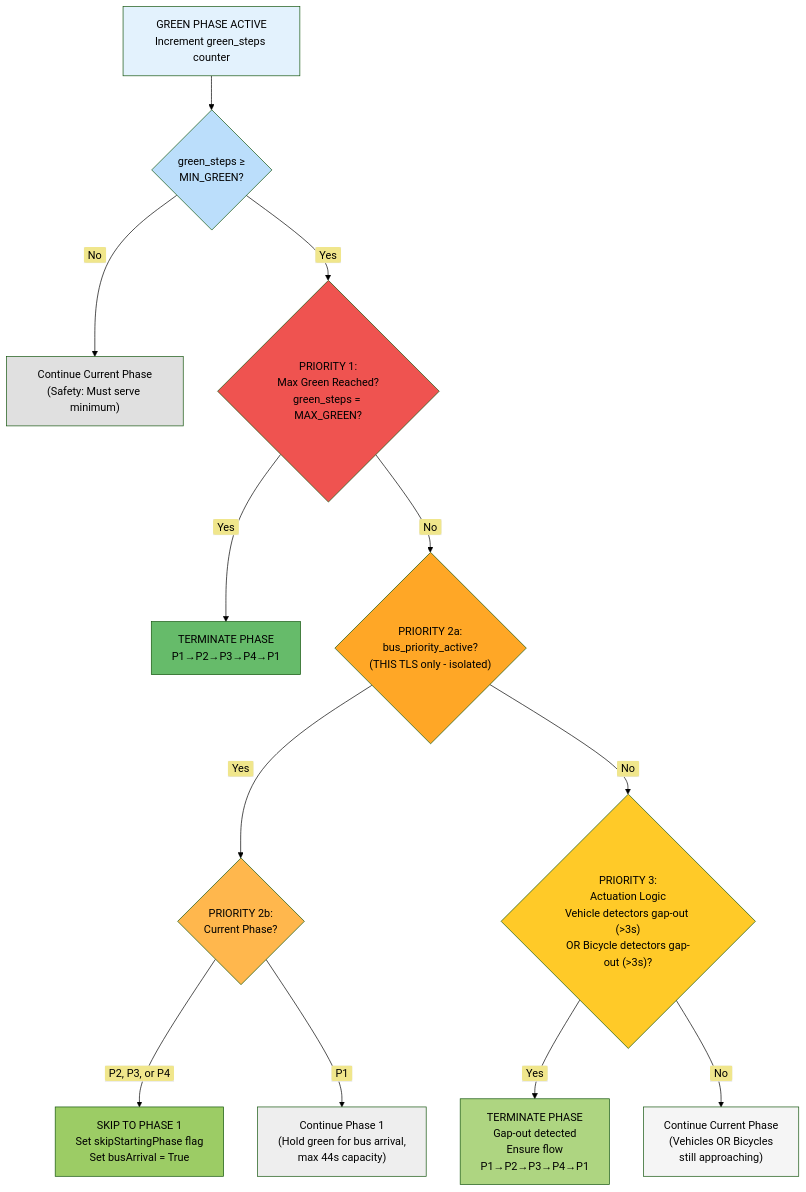
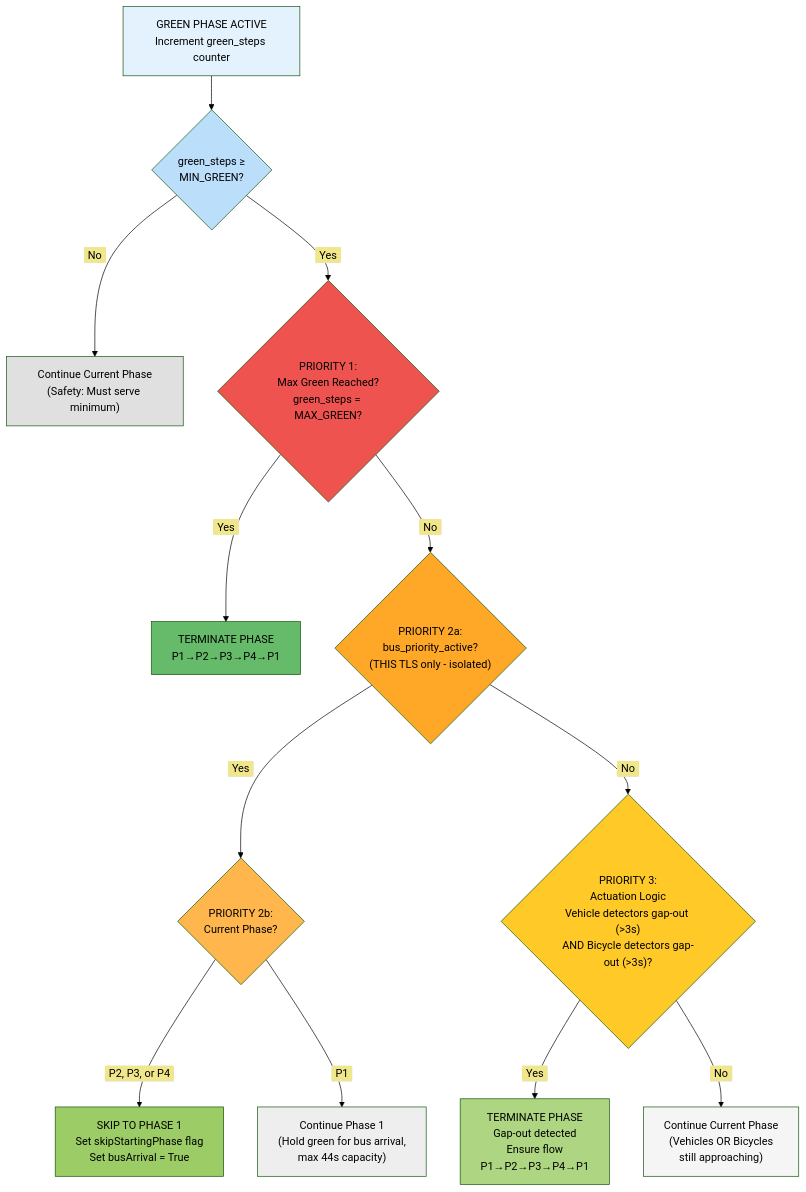
Before and after one commit to Chaklader/SignalSyncPro: the third of 5 diagrams in papers/Rule_Based_Control_DEV.md, drawn with Mermaid (forest theme). The commit also changed other lines of this file, not shown here.

````diff
--- a/papers/Rule_Based_Control_DEV.md
+++ b/papers/Rule_Based_Control_DEV.md
@@ -351,38 +200,38 @@
 ```mermaid
 flowchart TD
 
     GreenStart["GREEN PHASE ACTIVE<br>Increment green_steps counter"] --> MinGreenCheck{"green_steps ≥<br>MIN_GREEN?"}
 
     MinGreenCheck -->|<span style='background-color:khaki; color:black; padding:2px 6px; border-radius:3px'>No</span>| Continue0["Continue Current Phase<br>(Safety: Must serve minimum)"]
 
     MinGreenCheck -->|<span style='background-color:khaki; color:black; padding:2px 6px; border-radius:3px'>Yes</span>| Priority1{"PRIORITY 1:<br>Max Green Reached?<br>green_steps = MAX_GREEN?"}
 
     Priority1 -->|<span style='background-color:khaki; color:black; padding:2px 6px; border-radius:3px'>Yes</span>| Action1["TERMINATE PHASE<br>P1→P2→P3→P4→P1"]
 
     Priority1 -->|<span style='background-color:khaki; color:black; padding:2px 6px; border-radius:3px'>No</span>| Priority2a{"PRIORITY 2a:<br>bus_priority_active?<br>(THIS TLS only - isolated)"}
 
     Priority2a -->|<span style='background-color:khaki; color:black; padding:2px 6px; border-radius:3px'>Yes</span>| Priority2b{"PRIORITY 2b:<br>Current Phase?"}
 
     Priority2b -->|<span style='background-color:khaki; color:black; padding:2px 6px; border-radius:3px'>P2, P3, or P4</span>| Action2["SKIP TO PHASE 1<br>Set skipStartingPhase flag<br>Set busArrival = True"]
 
     Priority2b -->|<span style='background-color:khaki; color:black; padding:2px 6px; border-radius:3px'>P1</span>| ContinueP1["Continue Phase 1<br>(Hold green for bus arrival,<br>max 44s capacity)"]
 
-    Priority2a -->|<span style='background-color:khaki; color:black; padding:2px 6px; border-radius:3px'>No</span>| Priority3{"PRIORITY 3:<br>Actuation Logic<br>Vehicle detectors gap-out (>3s)<br>OR Bicycle detectors gap-out (>3s)?"}
+    Priority2a -->|<span style='background-color:khaki; color:black; padding:2px 6px; border-radius:3px'>No</span>| Priority3{"PRIORITY 3:<br>Actuation Logic<br>Vehicle detectors gap-out (>3s)<br>AND Bicycle detectors gap-out (>3s)?"}
 
     Priority3 -->|<span style='background-color:khaki; color:black; padding:2px 6px; border-radius:3px'>Yes</span>| Action3["TERMINATE PHASE<br>Gap-out detected<br>Ensure flow<br>P1→P2→P3→P4→P1"]
 
     Priority3 -->|<span style='background-color:khaki; color:black; padding:2px 6px; border-radius:3px'>No</span>| Continue2["Continue Current Phase<br>(Vehicles OR Bicycles<br>still approaching)"]
 
     style GreenStart fill:#E3F2FD
     style MinGreenCheck fill:#BBDEFB
     style Priority1 fill:#EF5350
     style Priority2a fill:#FFA726
     style Priority2b fill:#FFB74D
     style Priority3 fill:#FFCA28
     style Action1 fill:#66BB6A
     style Action2 fill:#9CCC65
     style Action3 fill:#AED581
     style ContinueP1 fill:#EEEEEE
     style Continue0 fill:#E0E0E0
     style Continue2 fill:#F5F5F5
 ```
````
